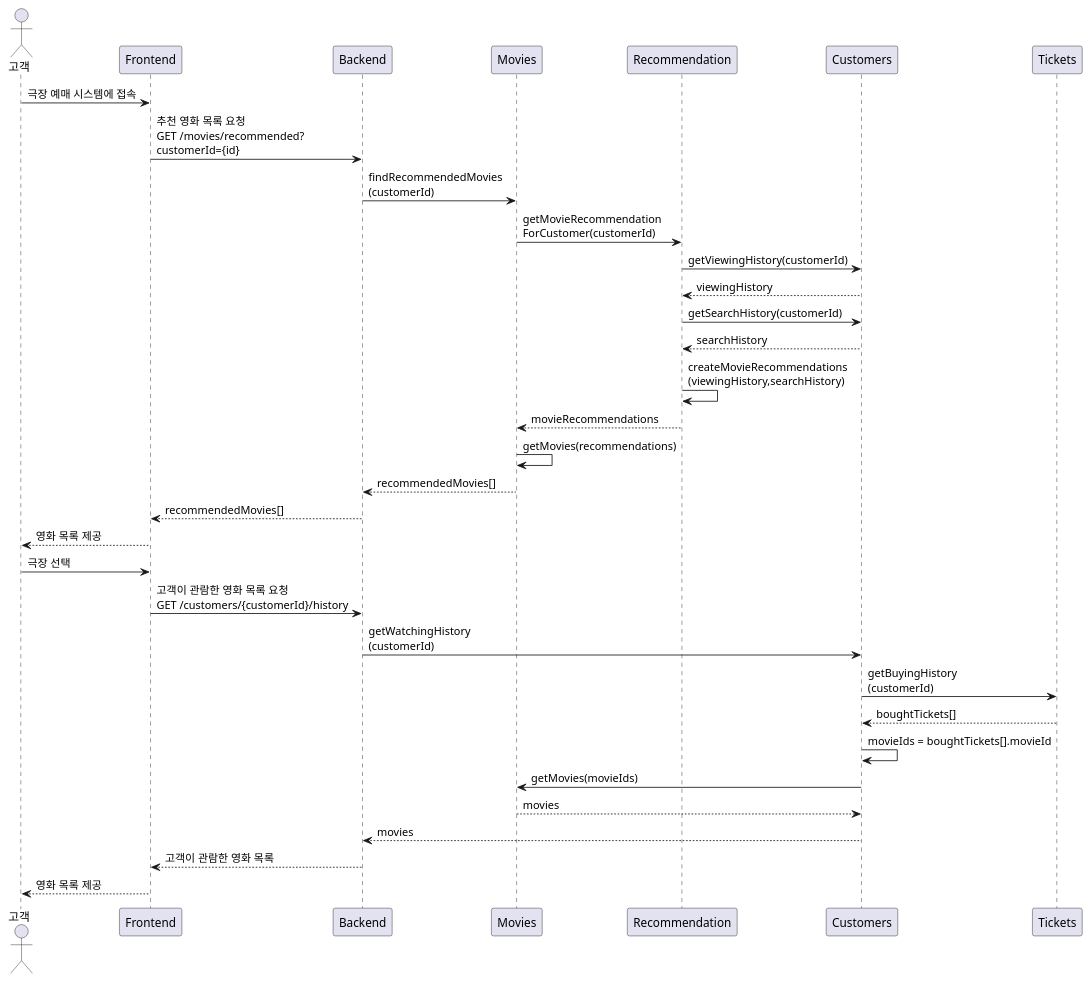
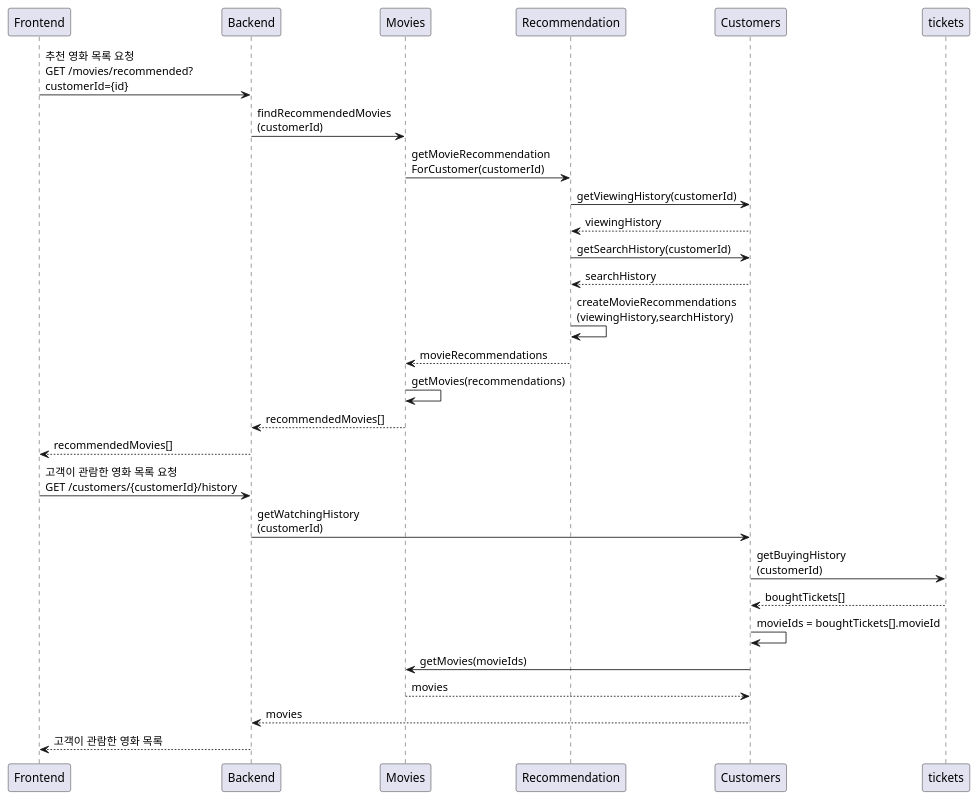
One commit to mannercode/backend-fundamentals changed the second of 6 diagrams in docs/buy-tickets.md. Above: the diagram before and after it, drawn with PlantUML. The commit also changed other lines of this file and 1 other file, not shown here.

````diff
--- a/docs/buy-tickets.md
+++ b/docs/buy-tickets.md
@@ -130,39 +130,34 @@
 ```plantuml
 @startuml
-actor 고객 as customer
 participant "Frontend" as front
 participant "Backend" as back
 participant "Movies" as movies
 participant "Recommendation" as recommend
 participant "Customers" as customsvc
-participant "Tickets" as tickets
 
-customer -> front : 극장 예매 시스템에 접속
 front -> back : 추천 영화 목록 요청\nGET /movies/recommended?\ncustomerId={id}
 back -> movies : findRecommendedMovies\n(customerId)
 movies -> recommend : getMovieRecommendation\nForCustomer(customerId)
 recommend -> customsvc : getViewingHistory(customerId)
 recommend <-- customsvc : viewingHistory
 recommend -> customsvc : getSearchHistory(customerId)
 recommend <-- customsvc : searchHistory
 recommend -> recommend : createMovieRecommendations\n(viewingHistory,searchHistory)
 movies <-- recommend : movieRecommendations
 movies -> movies : getMovies(recommendations)
 back <-- movies : recommendedMovies[]
 front <-- back : recommendedMovies[]
-customer <-- front : 영화 목록 제공
 
-customer -> front : 극장 선택
 front -> back : 고객이 관람한 영화 목록 요청\nGET /customers/{customerId}/history
 back -> customsvc : getWatchingHistory\n(customerId)
 customsvc -> tickets : getBuyingHistory\n(customerId)
 customsvc <-- tickets : boughtTickets[]
 customsvc -> customsvc : movieIds = boughtTickets[].movieId
 customsvc -> movies : getMovies(movieIds)
 customsvc <-- movies : movies
 back <-- customsvc : movies
 front <-- back : 고객이 관람한 영화 목록
-customer <-- front : 영화 목록 제공
+
 @enduml
 
 ```
````
